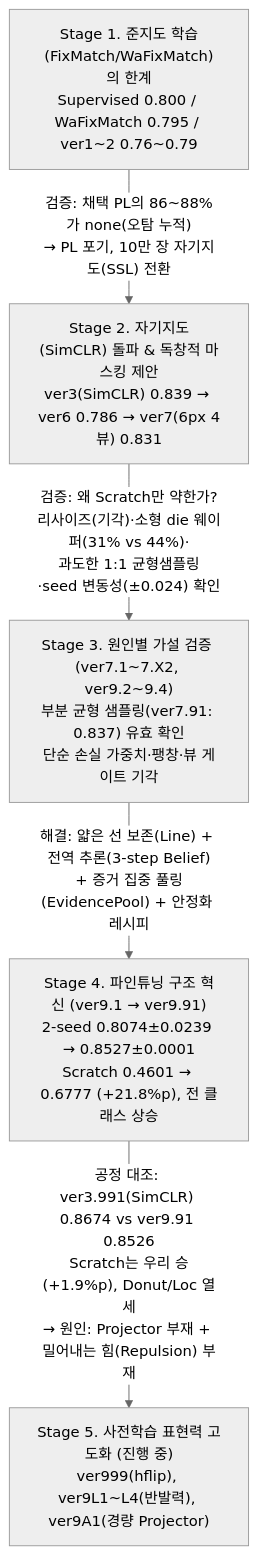
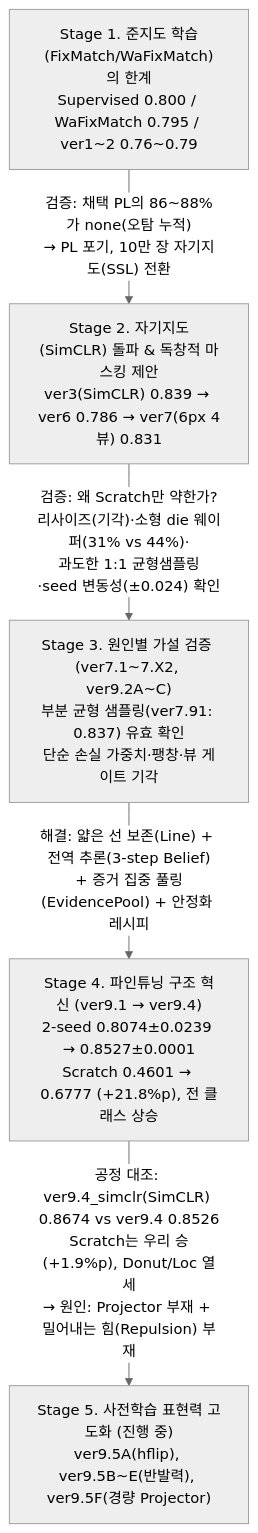
Before and after one commit to dmc031010-ux/capstone-WM-811K: the diagram in EXPERIMENTS.md, drawn with Mermaid (neutral theme). The commit also changed other lines of this file and 2 other files, not shown here.

Commit message:
Update docs with unified ver9.1-9.5 naming and ver9.5D result

````diff
--- a/EXPERIMENTS.md
+++ b/EXPERIMENTS.md
@@ -10,8 +10,8 @@
 ```mermaid
 flowchart TD
     P1["Stage 1. 준지도 학습(FixMatch/WaFixMatch)의 한계<br/>Supervised 0.800 / WaFixMatch 0.795 / ver1~2 0.76~0.79"]
     -->|"검증: 채택 PL의 86~88%가 none(오탐 누적)<br/>→ PL 포기, 10만 장 자기지도(SSL) 전환"| P2["Stage 2. 자기지도(SimCLR) 돌파 & 독창적 마스킹 제안<br/>ver3(SimCLR) 0.839 → ver6 0.786 → ver7(6px 4뷰) 0.831"]
-    P2 -->|"검증: 왜 Scratch만 약한가?<br/>리사이즈(기각)·소형 die 웨이퍼(31% vs 44%)·<br/>과도한 1:1 균형샘플링·seed 변동성(±0.024) 확인"| P3["Stage 3. 원인별 가설 검증 (ver7.1~7.X2, ver9.2~9.4)<br/>부분 균형 샘플링(ver7.91: 0.837) 유효 확인<br/>단순 손실 가중치·팽창·뷰 게이트 기각"]
-    P3 -->|"해결: 얇은 선 보존(Line) + 전역 추론(3-step Belief)<br/>+ 증거 집중 풀링(EvidencePool) + 안정화 레시피"| P4["Stage 4. 파인튜닝 구조 혁신 (ver9.1 → ver9.91)<br/>2-seed 0.8074±0.0239 → 0.8527±0.0001<br/>Scratch 0.4601 → 0.6777 (+21.8%p), 전 클래스 상승"]
-    P4 -->|"공정 대조: ver3.991(SimCLR) 0.8674 vs ver9.91 0.8526<br/>Scratch는 우리 승(+1.9%p), Donut/Loc 열세<br/>→ 원인: Projector 부재 + 밀어내는 힘(Repulsion) 부재"| P5["Stage 5. 사전학습 표현력 고도화 (진행 중)<br/>ver999(hflip), ver9L1~L4(반발력), ver9A1(경량 Projector)"]
+    P2 -->|"검증: 왜 Scratch만 약한가?<br/>리사이즈(기각)·소형 die 웨이퍼(31% vs 44%)·<br/>과도한 1:1 균형샘플링·seed 변동성(±0.024) 확인"| P3["Stage 3. 원인별 가설 검증 (ver7.1~7.X2, ver9.2A~C)<br/>부분 균형 샘플링(ver7.91: 0.837) 유효 확인<br/>단순 손실 가중치·팽창·뷰 게이트 기각"]
+    P3 -->|"해결: 얇은 선 보존(Line) + 전역 추론(3-step Belief)<br/>+ 증거 집중 풀링(EvidencePool) + 안정화 레시피"| P4["Stage 4. 파인튜닝 구조 혁신 (ver9.1 → ver9.4)<br/>2-seed 0.8074±0.0239 → 0.8527±0.0001<br/>Scratch 0.4601 → 0.6777 (+21.8%p), 전 클래스 상승"]
+    P4 -->|"공정 대조: ver9.4_simclr(SimCLR) 0.8674 vs ver9.4 0.8526<br/>Scratch는 우리 승(+1.9%p), Donut/Loc 열세<br/>→ 원인: Projector 부재 + 밀어내는 힘(Repulsion) 부재"| P5["Stage 5. 사전학습 표현력 고도화 (진행 중)<br/>ver9.5A(hflip), ver9.5B~E(반발력), ver9.5F(경량 Projector)"]
 ```
````
